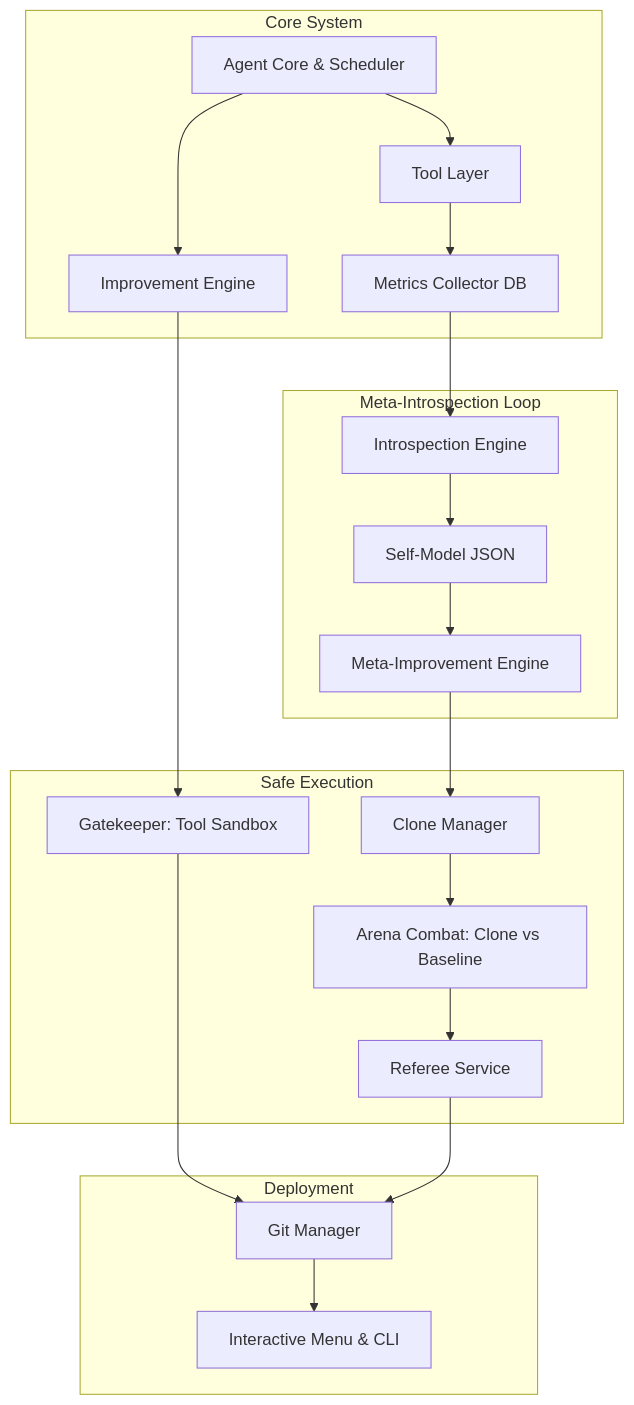
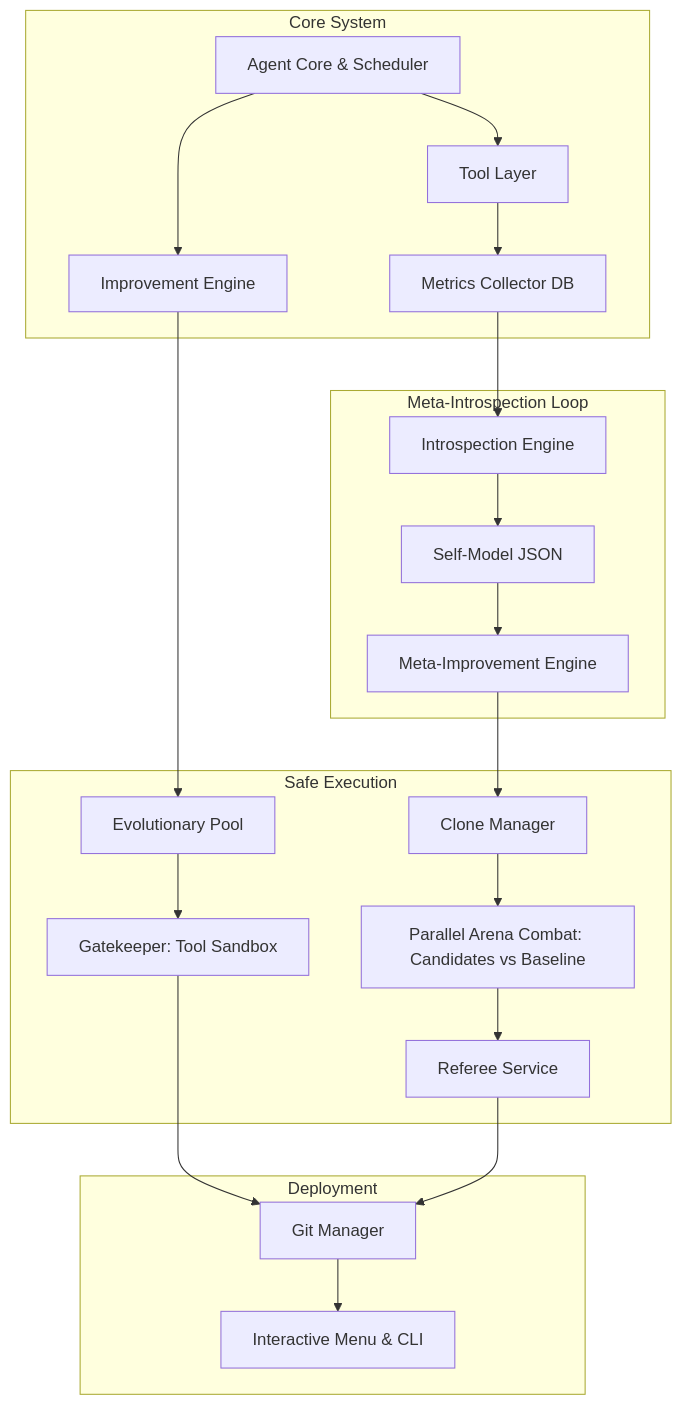
One commit to seratul03/ARIA changed the diagram in README.md. Above: the diagram before and after it, drawn with Mermaid. The commit also changed other lines of this file and 17 other files, not shown here.

````diff
--- a/README.md
+++ b/README.md
@@ -9,27 +9,28 @@
 ```mermaid
 graph TD
     subgraph Core System
         AC[Agent Core & Scheduler] --> TL[Tool Layer]
         TL --> MC[Metrics Collector DB]
         AC --> IM[Improvement Engine]
     end
 
     subgraph Meta-Introspection Loop
         MC --> IE[Introspection Engine]
         IE --> SM[Self-Model JSON]
         SM --> MI[Meta-Improvement Engine]
     end
 
     subgraph Safe Execution
-        IM --> GK[Gatekeeper: Tool Sandbox]
+        IM --> EV[Evolutionary Pool]
+        EV --> GK[Gatekeeper: Tool Sandbox]
         MI --> CM[Clone Manager]
-        CM --> AC2[Arena Combat: Clone vs Baseline]
+        CM --> AC2[Parallel Arena Combat: Candidates vs Baseline]
         AC2 --> REF[Referee Service]
     end
 
     subgraph Deployment
         GK --> GM[Git Manager]
         REF --> GM
         GM --> CLI[Interactive Menu & CLI]
     end
 ```
````
